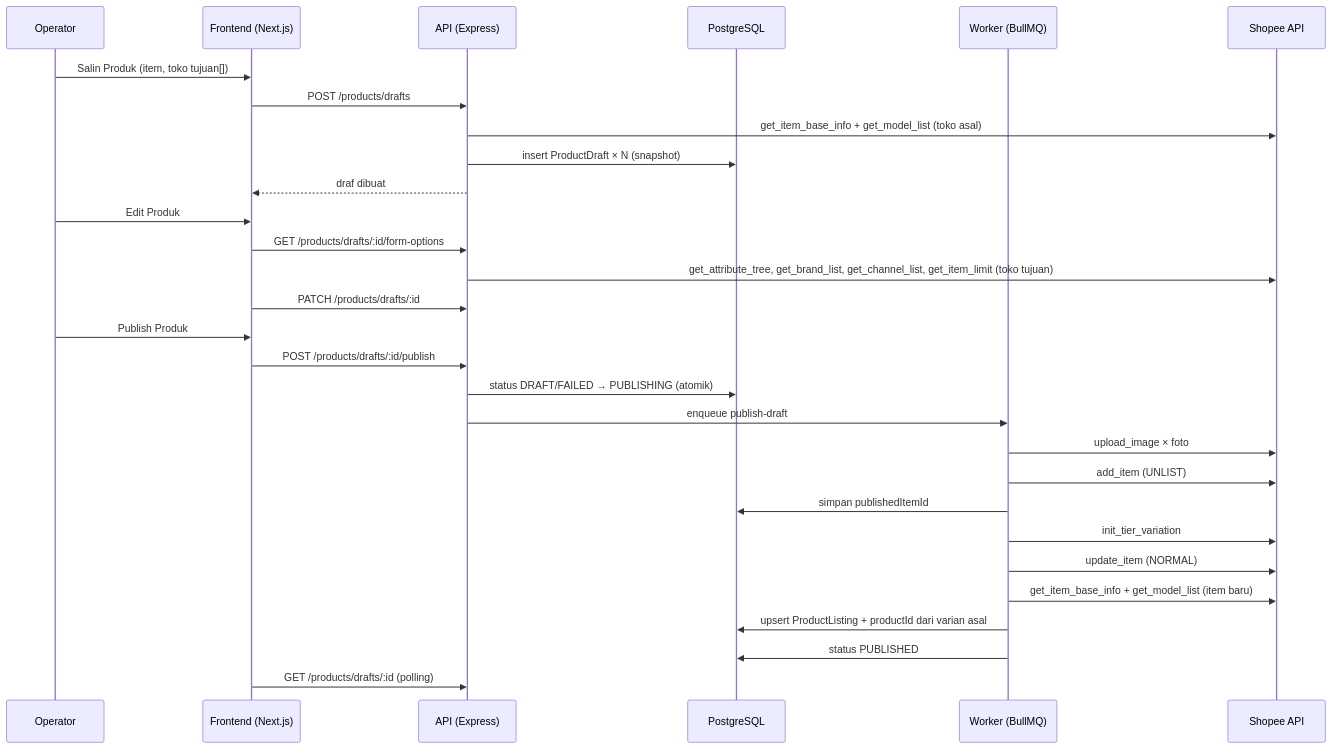
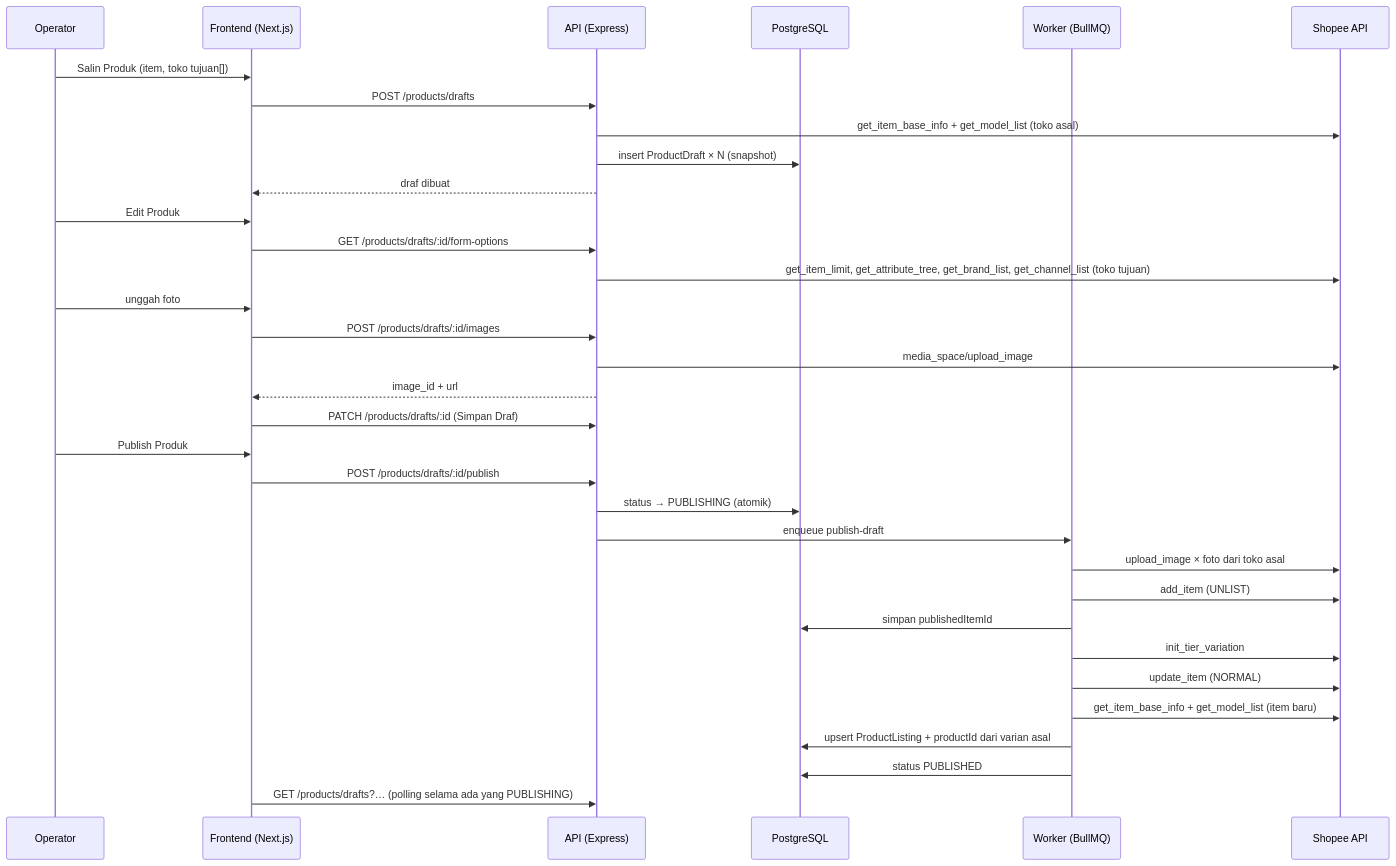
The first of 2 diagrams in PRD-salin-produk.md (rizkyzaneva-sukses/ordermanagement), drawn with Mermaid before and after one commit. The commit also changed other lines of this file and 1 other file, not shown here.

Commit message:
docs: update product copy PRD and add script to probe product write API

````diff
--- a/PRD-salin-produk.md
+++ b/PRD-salin-produk.md
@@ -121,34 +162,38 @@
 ```mermaid
 sequenceDiagram
     participant Op as Operator
     participant FE as Frontend (Next.js)
     participant API as API (Express)
     participant DB as PostgreSQL
     participant Q as Worker (BullMQ)
     participant SP as Shopee API
 
     Op->>FE: Salin Produk (item, toko tujuan[])
     FE->>API: POST /products/drafts
     API->>SP: get_item_base_info + get_model_list (toko asal)
     API->>DB: insert ProductDraft × N (snapshot)
     API-->>FE: draf dibuat
 
     Op->>FE: Edit Produk
     FE->>API: GET /products/drafts/:id/form-options
-    API->>SP: get_attribute_tree, get_brand_list, get_channel_list, get_item_limit (toko tujuan)
-    FE->>API: PATCH /products/drafts/:id
+    API->>SP: get_item_limit, get_attribute_tree, get_brand_list, get_channel_list (toko tujuan)
+    Op->>FE: unggah foto
+    FE->>API: POST /products/drafts/:id/images
+    API->>SP: media_space/upload_image
+    API-->>FE: image_id + url
+    FE->>API: PATCH /products/drafts/:id (Simpan Draf)
 
     Op->>FE: Publish Produk
     FE->>API: POST /products/drafts/:id/publish
-    API->>DB: status DRAFT/FAILED → PUBLISHING (atomik)
+    API->>DB: status → PUBLISHING (atomik)
     API->>Q: enqueue publish-draft
-    Q->>SP: upload_image × foto
+    Q->>SP: upload_image × foto dari toko asal
     Q->>SP: add_item (UNLIST)
     Q->>DB: simpan publishedItemId
     Q->>SP: init_tier_variation
     Q->>SP: update_item (NORMAL)
     Q->>SP: get_item_base_info + get_model_list (item baru)
     Q->>DB: upsert ProductListing + productId dari varian asal
     Q->>DB: status PUBLISHED
-    FE->>API: GET /products/drafts/:id (polling)
+    FE->>API: GET /products/drafts?… (polling selama ada yang PUBLISHING)
 ```
````
